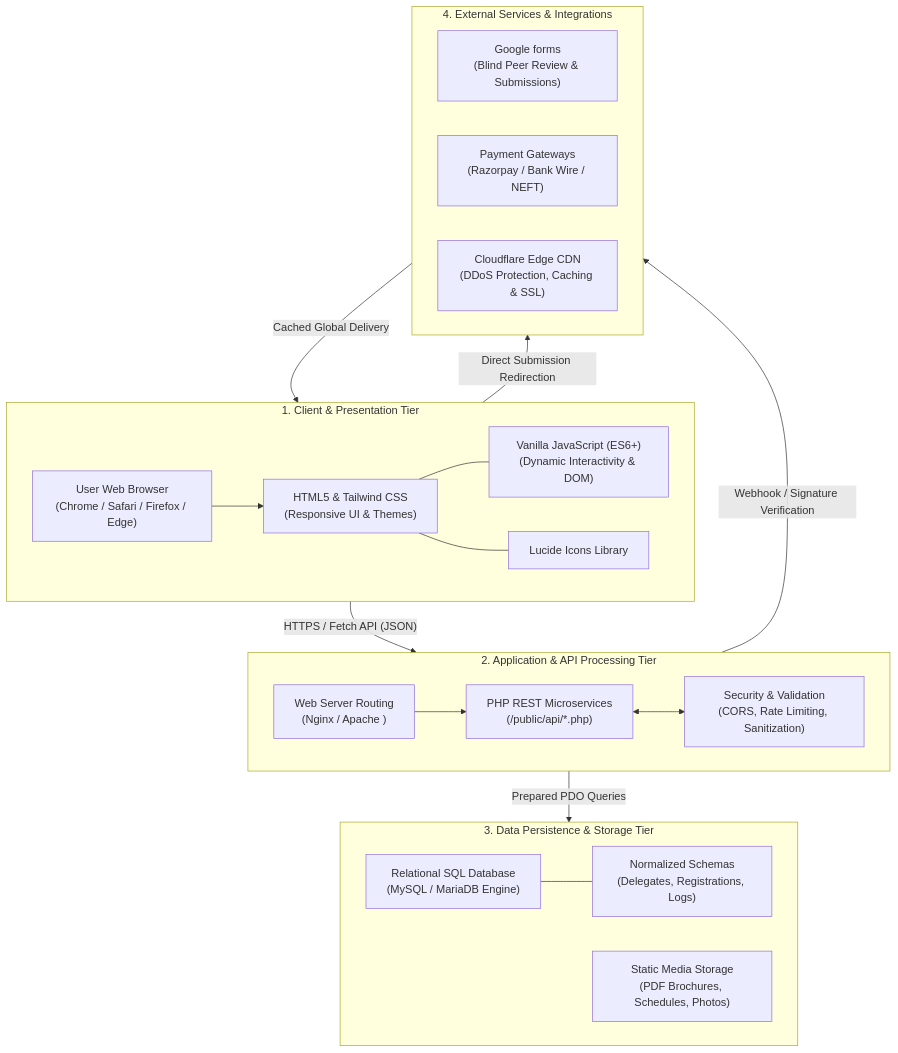
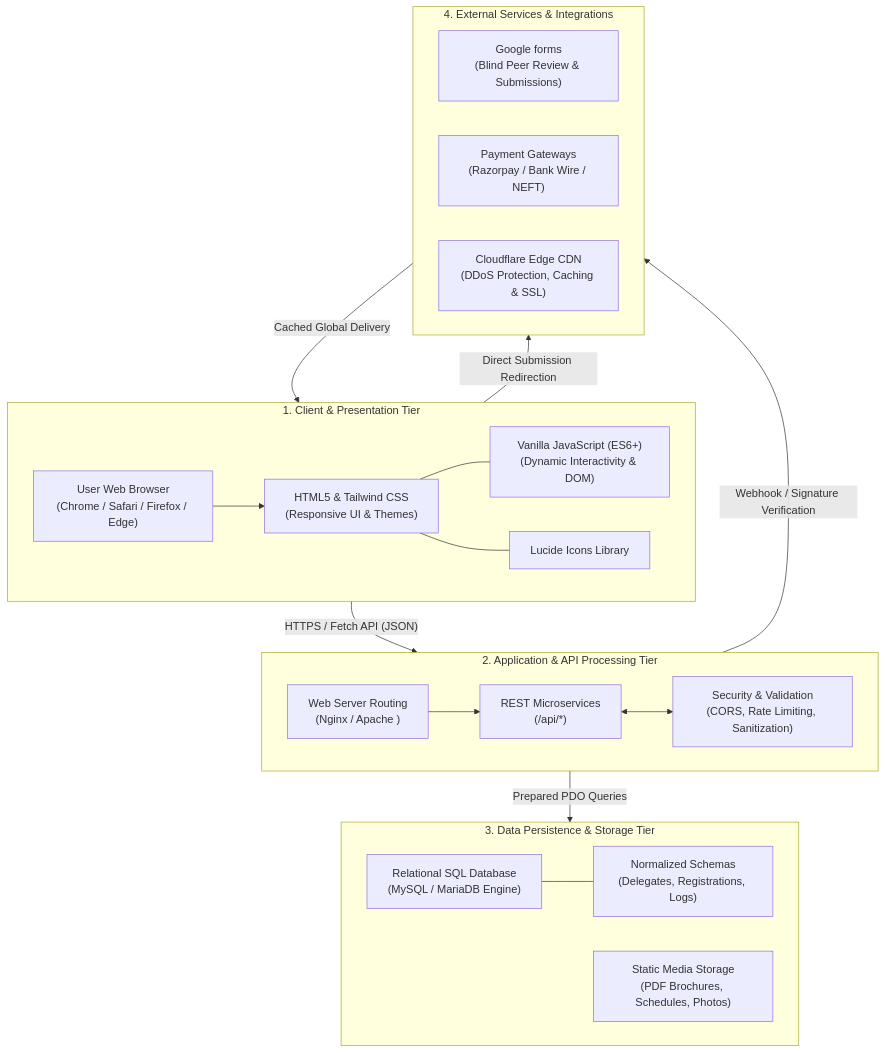
The diagram in README.md (Rlabzteam/Dyuti27), drawn with Mermaid before and after one commit.

Commit message:
docs: update REST microservices path and label in README architecture diagram

````diff
--- a/README.md
+++ b/README.md
@@ -66,44 +66,44 @@
 ```mermaid
 flowchart TB
     subgraph T1["1. Client & Presentation Tier"]
         direction LR
         Browser["User Web Browser\n(Chrome / Safari / Firefox / Edge)"]
         UI["HTML5 & Tailwind CSS\n(Responsive UI & Themes)"]
         JS["Vanilla JavaScript (ES6+)\n(Dynamic Interactivity & DOM)"]
         Icons["Lucide Icons Library"]
         Browser --> UI
         UI --- JS
         UI --- Icons
     end
 
     subgraph T2["2. Application & API Processing Tier"]
         direction LR
         WebServer["Web Server Routing\n(Nginx / Apache )"]
-        PHP["PHP REST Microservices\n(/public/api/*.php)"]
+        PHP["REST Microservices\n(/api/*)"]
         Security["Security & Validation\n(CORS, Rate Limiting, Sanitization)"]
         WebServer --> PHP
         PHP <--> Security
     end
 
     subgraph T3["3. Data Persistence & Storage Tier"]
         direction LR
         SQL["Relational SQL Database\n(MySQL / MariaDB Engine)"]
         Schemas["Normalized Schemas\n(Delegates, Registrations, Logs)"]
         Assets["Static Media Storage\n(PDF Brochures, Schedules, Photos)"]
         SQL --- Schemas
     end
 
     subgraph T4["4. External Services & Integrations"]
         direction LR
         MSCMT["Google forms\n(Blind Peer Review & Submissions)"]
         Payment["Payment Gateways\n(Razorpay / Bank Wire / NEFT)"]
         CDN["Cloudflare Edge CDN\n(DDoS Protection, Caching & SSL)"]
     end
 
     %% Cross-Tier Data Flow
     T1 -- "HTTPS / Fetch API (JSON)" --> T2
     T2 -- "Prepared PDO Queries" --> T3
     T1 -- "Direct Submission Redirection" --> MSCMT
     T2 -- "Webhook / Signature Verification" --> Payment
     CDN -- "Cached Global Delivery" --> T1
 ```
````
